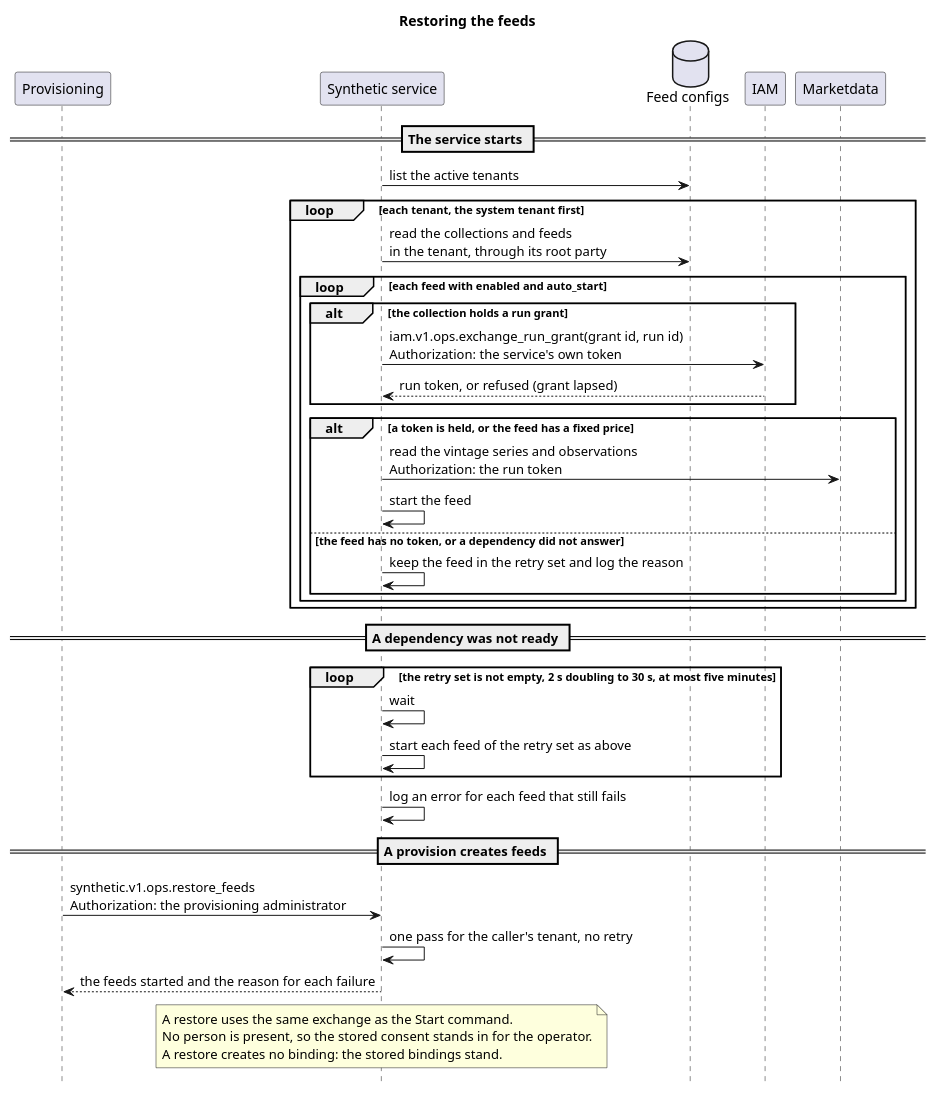
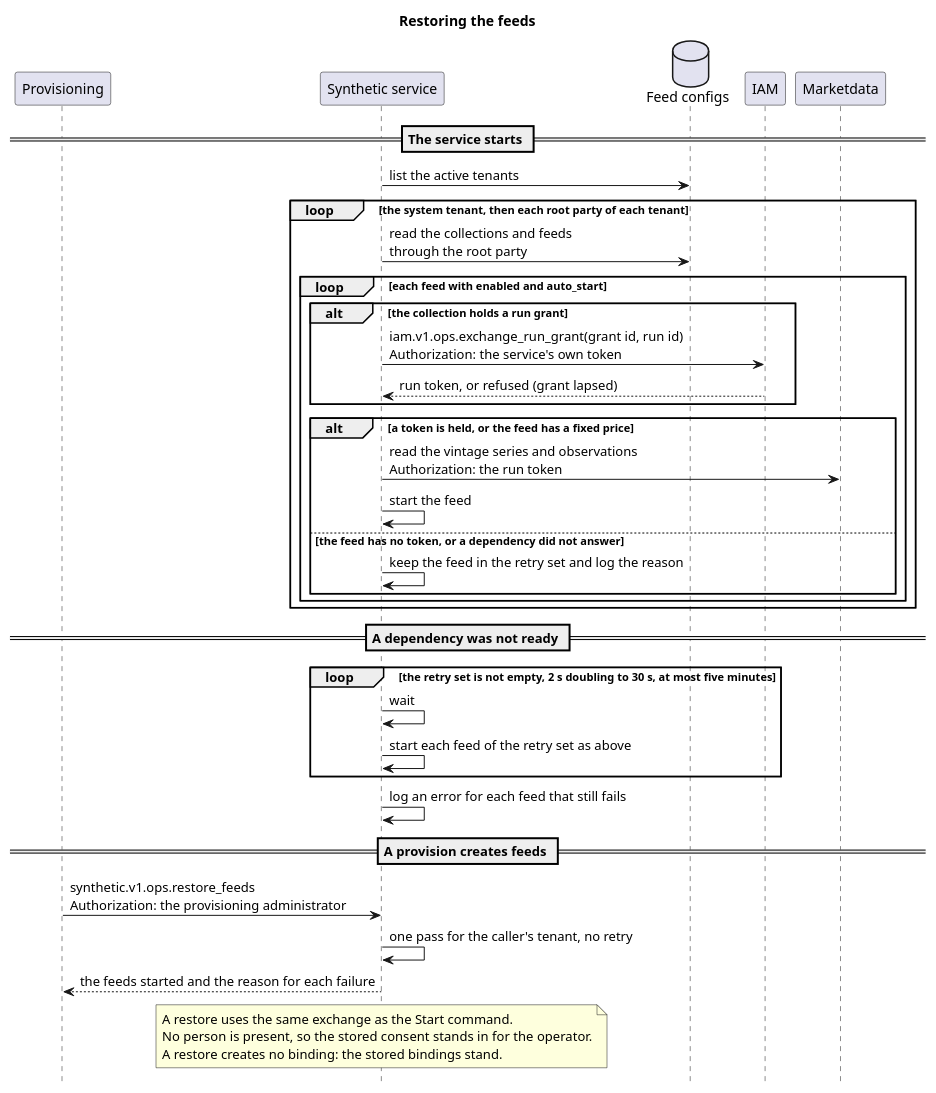
The diagram in doc/knowledge/architecture/feed_restore_sequence.puml (OreStudio/OreStudio), drawn with PlantUML before and after one commit. The commit also changed 21 other files, not shown here.

```diff
--- a/doc/knowledge/architecture/feed_restore_sequence.puml
+++ b/doc/knowledge/architecture/feed_restore_sequence.puml
@@ -18,53 +18,53 @@
 @startuml
 
 title Restoring the feeds
 
 hide footbox
 skinparam sequenceMessageAlign left
 
 participant "Provisioning" as prov
 participant "Synthetic service" as syn
 database "Feed configs" as db
 participant "IAM" as iam
 participant "Marketdata" as md
 
 == The service starts ==
 
 syn -> db : list the active tenants
-loop each tenant, the system tenant first
-    syn -> db : read the collections and feeds\nin the tenant, through its root party
+loop the system tenant, then each root party of each tenant
+    syn -> db : read the collections and feeds\nthrough the root party
     loop each feed with enabled and auto_start
         alt the collection holds a run grant
             syn -> iam : iam.v1.ops.exchange_run_grant(grant id, run id)\nAuthorization: the service's own token
             iam --> syn : run token, or refused (grant lapsed)
         end
         alt a token is held, or the feed has a fixed price
             syn -> md : read the vintage series and observations\nAuthorization: the run token
             syn -> syn : start the feed
         else the feed has no token, or a dependency did not answer
             syn -> syn : keep the feed in the retry set and log the reason
         end
     end
 end
 
 == A dependency was not ready ==
 
 loop the retry set is not empty, 2 s doubling to 30 s, at most five minutes
     syn -> syn : wait
     syn -> syn : start each feed of the retry set as above
 end
 syn -> syn : log an error for each feed that still fails
 
 == A provision creates feeds ==
 
 prov -> syn : synthetic.v1.ops.restore_feeds\nAuthorization: the provisioning administrator
 syn -> syn : one pass for the caller's tenant, no retry
 syn --> prov : the feeds started and the reason for each failure
 
 note over syn
     A restore uses the same exchange as the Start command.
     No person is present, so the stored consent stands in for the operator.
     A restore creates no binding: the stored bindings stand.
 end note
 
 @enduml
```
